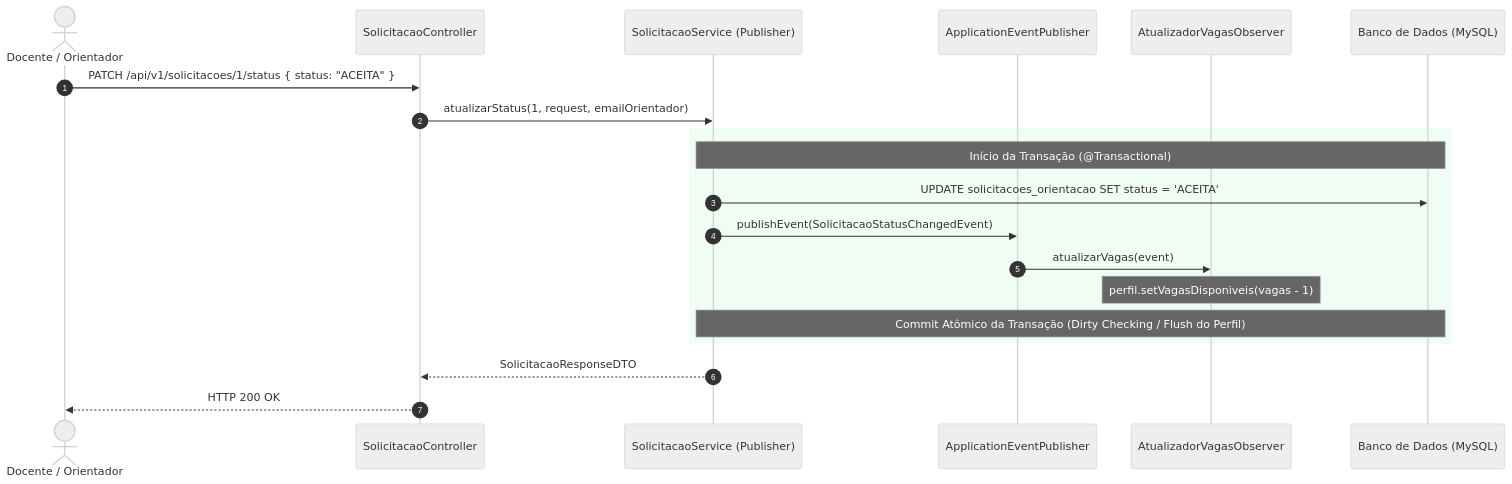
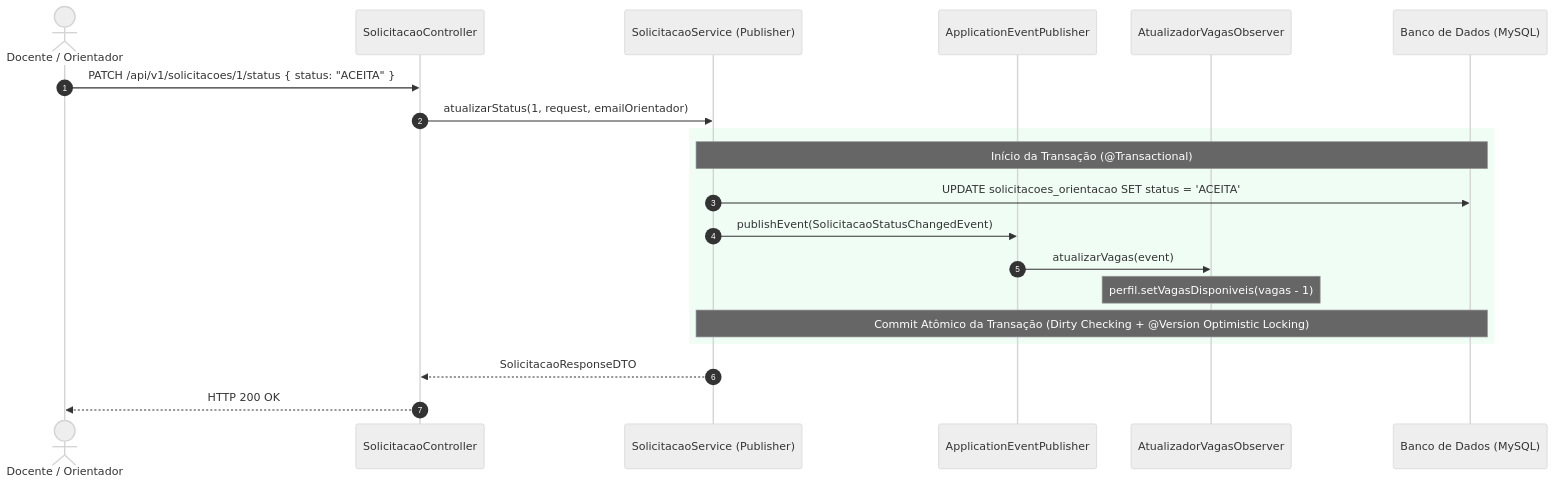
Before and after one commit to IFSC-ES2/es2-2026_2-equipe-3: the third of 3 diagrams in docs/PADROES-DE-PROJETO.md, drawn with Mermaid (neutral theme). The commit also changed other lines of this file and 1 other file, not shown here.

Commit message:
docs(padroes): documenta bloqueio otimista (@Version) no observer de vagas

````diff
--- a/docs/PADROES-DE-PROJETO.md
+++ b/docs/PADROES-DE-PROJETO.md
@@ -308,26 +308,26 @@
 ```mermaid
 sequenceDiagram
     autonumber
     actor Orientador as Docente / Orientador
     participant Controller as SolicitacaoController
     participant Service as SolicitacaoService (Publisher)
     participant Publisher as ApplicationEventPublisher
     participant ObsVagas as AtualizadorVagasObserver
     participant DB as Banco de Dados (MySQL)
 
     Orientador ->> Controller: PATCH /api/v1/solicitacoes/1/status { status: "ACEITA" }
     Controller ->> Service: atualizarStatus(1, request, emailOrientador)
 
     rect rgb(240, 253, 244)
         note over Service, DB: Início da Transação (@Transactional)
         Service ->> DB: UPDATE solicitacoes_orientacao SET status = 'ACEITA'
         Service ->> Publisher: publishEvent(SolicitacaoStatusChangedEvent)
 
         Publisher ->> ObsVagas: atualizarVagas(event)
         note over ObsVagas: perfil.setVagasDisponiveis(vagas - 1)
-        note over Service, DB: Commit Atômico da Transação (Dirty Checking / Flush do Perfil)
+        note over Service, DB: Commit Atômico da Transação (Dirty Checking + @Version Optimistic Locking)
     end
 
     Service -->> Controller: SolicitacaoResponseDTO
     Controller -->> Orientador: HTTP 200 OK
 ```
````
